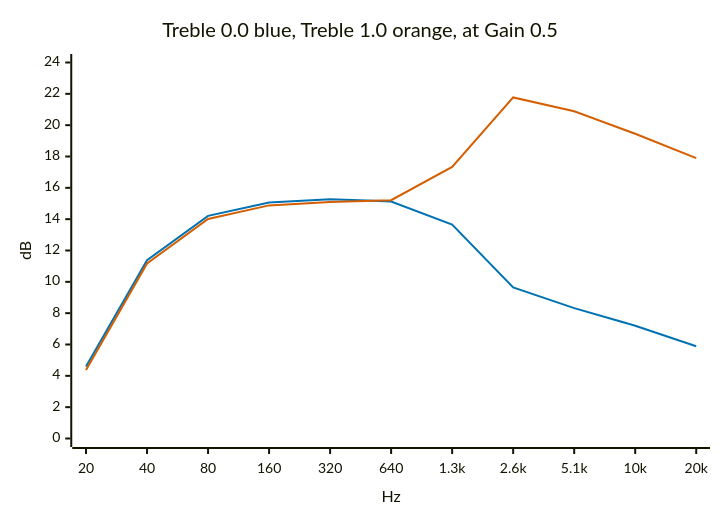
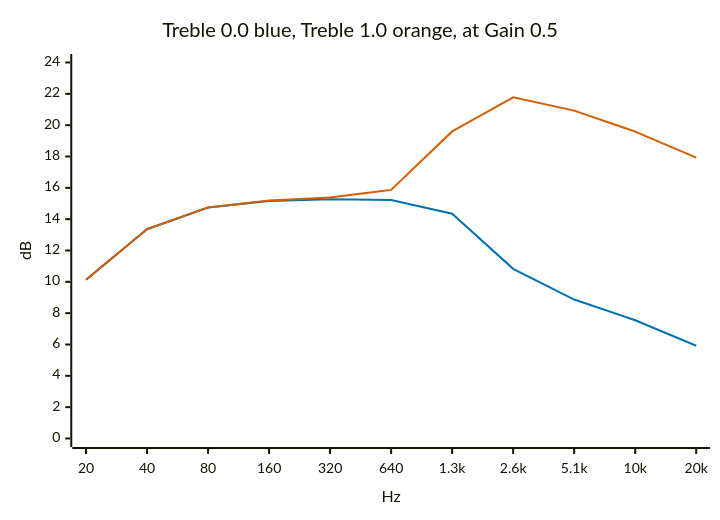
Before and after one commit to torvalds/GuitarPedal: the third of 4 diagrams in Documentation/effects/klon.md, drawn with Mermaid. The commit also changed other lines of this file and 1 other file, not shown here.

````diff
--- a/Documentation/effects/klon.md
+++ b/Documentation/effects/klon.md
@@ -54,9 +54,9 @@
 ```mermaid
 %%{init: {'themeVariables': {'xyChart': {'plotColorPalette': '#0072b2, #d55e00'}}}}%%
 xychart-beta
     title "Treble 0.0 blue, Treble 1.0 orange, at Gain 0.5"
     x-axis "Hz" [20, 40, 80, 160, 320, 640, "1.3k", "2.6k", "5.1k", "10k", "20k"]
     y-axis "dB" 0 --> 24
-    line [4.6, 11.38, 14.21, 15.07, 15.27, 15.13, 13.66, 9.64, 8.32, 7.2, 5.89]
-    line [4.38, 11.17, 14.01, 14.88, 15.1, 15.21, 17.34, 21.77, 20.89, 19.45, 17.9]
+    line [10.13, 13.36, 14.74, 15.16, 15.27, 15.22, 14.35, 10.83, 8.87, 7.55, 5.92]
+    line [10.13, 13.37, 14.75, 15.19, 15.39, 15.87, 19.6, 21.78, 20.93, 19.59, 17.93]
 ```
````
